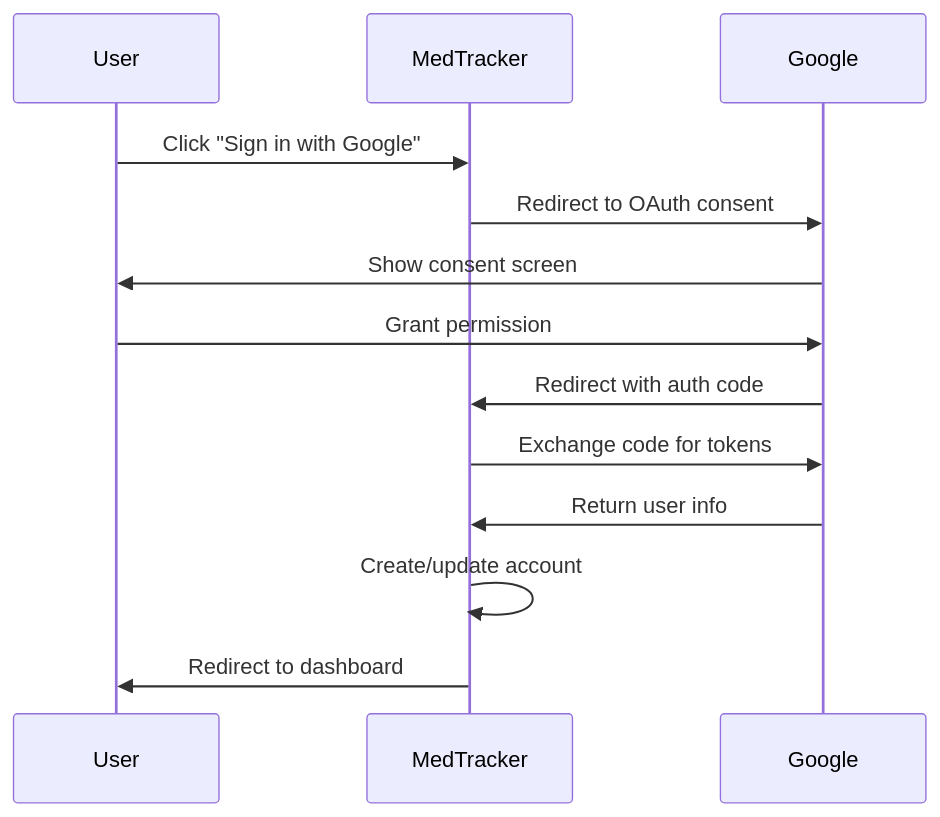
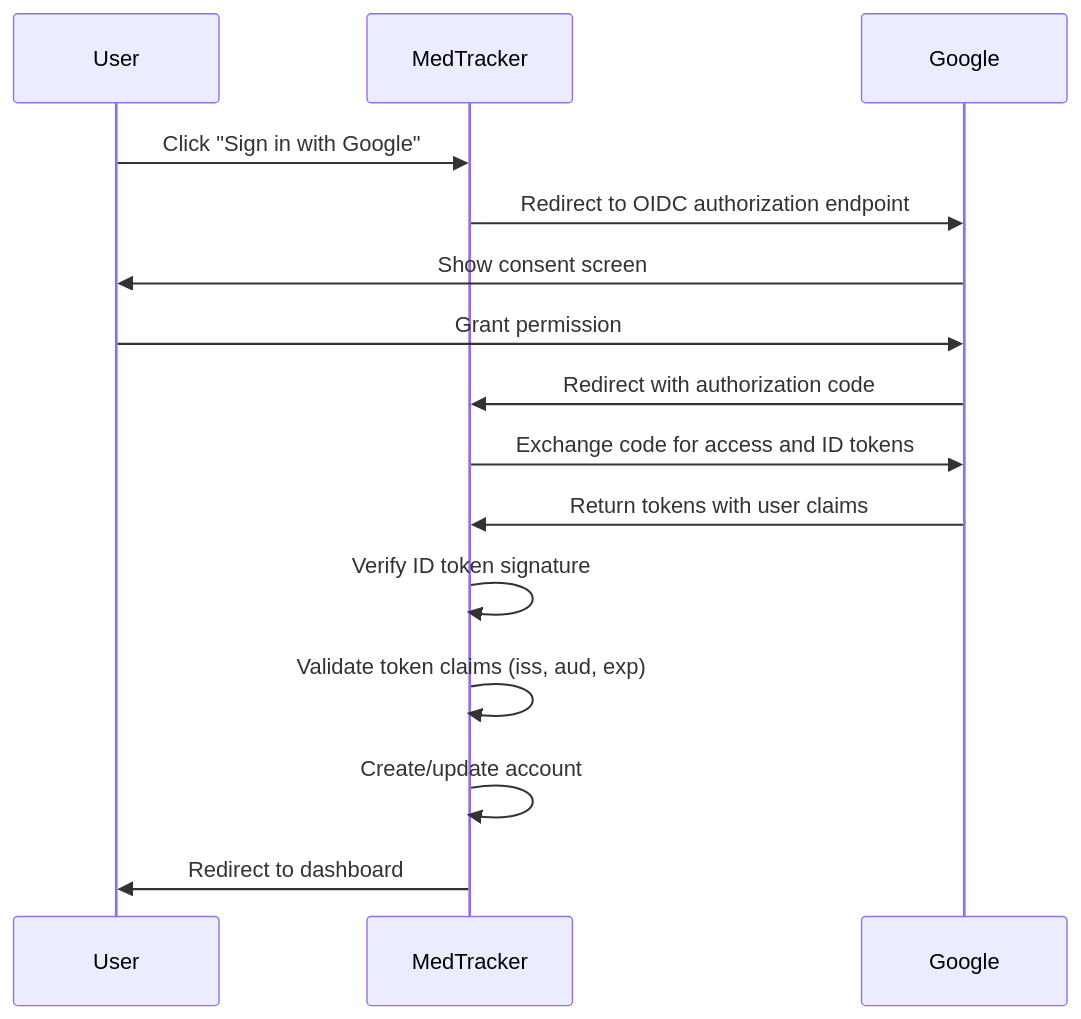
The diagram in docs/oauth-setup.md (damacus/med-tracker), drawn with Mermaid before and after one commit. The commit also changed other lines of this file and 1 other file, not shown here.

First line of the commit message:
docs: Update OAuth/OIDC documentation with comprehensive details

````diff
--- a/docs/oauth-setup.md
+++ b/docs/oauth-setup.md
@@ -89,16 +103,18 @@
 ```mermaid
 sequenceDiagram
     participant User
     participant MedTracker
     participant Google
 
     User->>MedTracker: Click "Sign in with Google"
-    MedTracker->>Google: Redirect to OAuth consent
+    MedTracker->>Google: Redirect to OIDC authorization endpoint
     Google->>User: Show consent screen
     User->>Google: Grant permission
-    Google->>MedTracker: Redirect with auth code
-    MedTracker->>Google: Exchange code for tokens
-    Google->>MedTracker: Return user info
+    Google->>MedTracker: Redirect with authorization code
+    MedTracker->>Google: Exchange code for access and ID tokens
+    Google->>MedTracker: Return tokens with user claims
+    MedTracker->>MedTracker: Verify ID token signature
+    MedTracker->>MedTracker: Validate token claims (iss, aud, exp)
     MedTracker->>MedTracker: Create/update account
     MedTracker->>User: Redirect to dashboard
 ```
````
